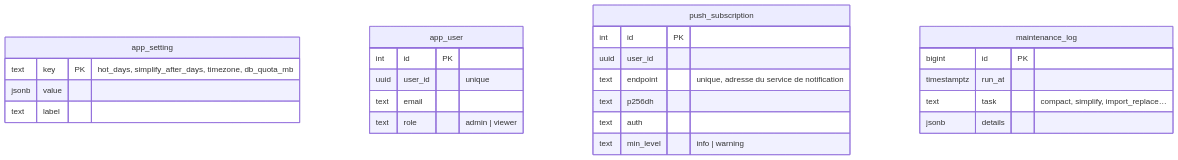
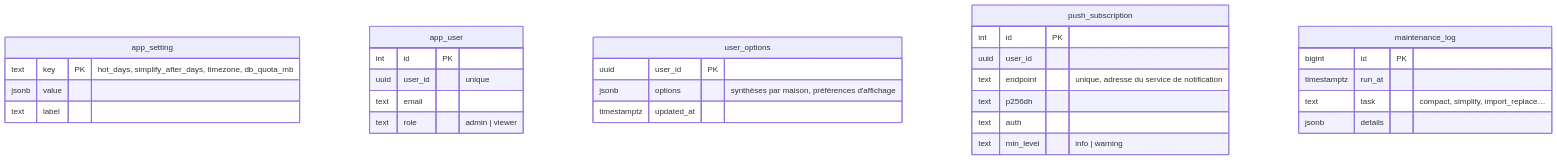
One commit to nicolo73/MobAlPlus changed the third of 3 diagrams in docs/modele-donnees.md. Above: the diagram before and after it, drawn with Mermaid. The commit also changed other lines of this file and 32 other files, not shown here.

First line of the commit message:
Synthèses et préférences enregistrées dans le compte ; grandeurs et météo propres à chaque synthèse

````diff
--- a/docs/modele-donnees.md
+++ b/docs/modele-donnees.md
@@ -215,28 +215,33 @@
 ```mermaid
 erDiagram
   app_setting {
     text key PK "hot_days, simplify_after_days, timezone, db_quota_mb"
     jsonb value
     text label
   }
   app_user {
     int id PK
     uuid user_id "unique"
     text email
     text role "admin | viewer"
+  }
+  user_options {
+    uuid user_id PK
+    jsonb options "synthèses par maison, préférences d'affichage"
+    timestamptz updated_at
   }
   push_subscription {
     int id PK
     uuid user_id
     text endpoint "unique, adresse du service de notification"
     text p256dh
     text auth
     text min_level "info | warning"
   }
   maintenance_log {
     bigint id PK
     timestamptz run_at
     text task "compact, simplify, import_replace…"
     jsonb details
   }
 ```
````
